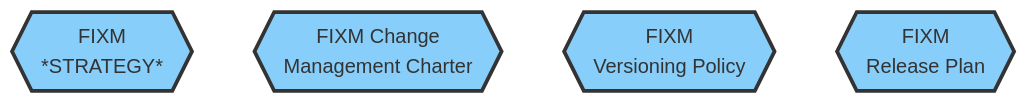
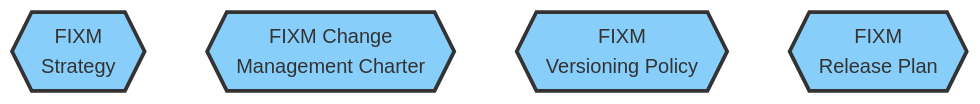
One commit to hlepori/test_docsify changed the diagram in docs/home.md. Above: the diagram before and after it, drawn with Mermaid.

````diff
--- a/docs/home.md
+++ b/docs/home.md
@@ -9,14 +9,14 @@
 ```mermaid
 graph TD
-STRATEGY{{FIXM<br>*STRATEGY*}}
+STRATEGY{{FIXM<br>Strategy}}
 CHARTER{{FIXM Change<br>Management Charter}}
 VERSIONING{{FIXM<br>Versioning Policy}}
 RELEASEPLAN{{FIXM<br>Release Plan}}
 
 style STRATEGY fill:#87CEFA,stroke:#333,stroke-width:3px
 style CHARTER fill:#87CEFA,stroke:#333,stroke-width:3px
 style VERSIONING fill:#87CEFA,stroke:#333,stroke-width:3px
 style RELEASEPLAN fill:#87CEFA,stroke:#333,stroke-width:3px
 
 click STRATEGY "https://ost.eurocontrol.int/sites/FIXM/Lists/Bug%20reports/AllItems.aspx" "Go to the FIXM Strategy" _blank
 ```
````
